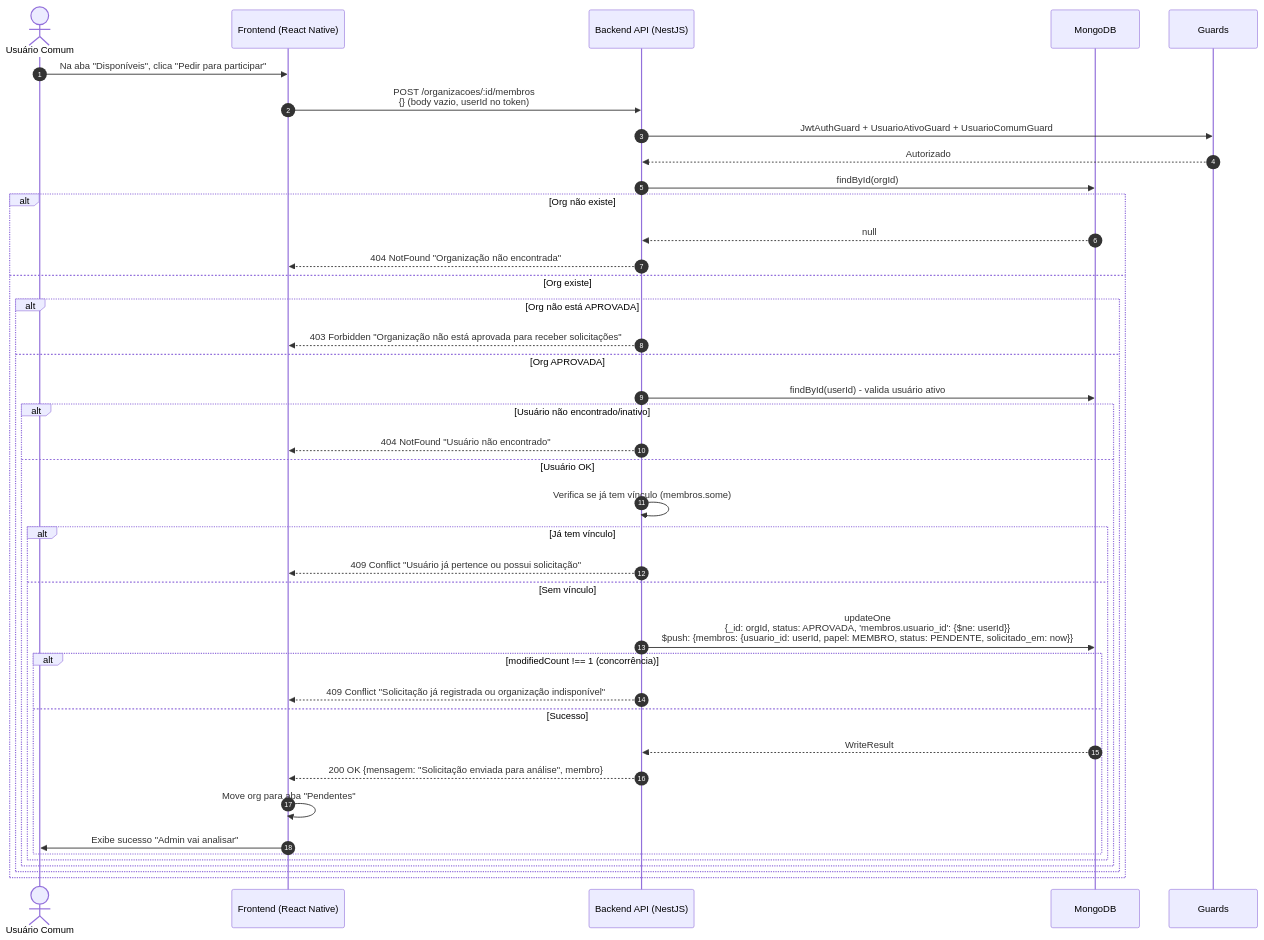
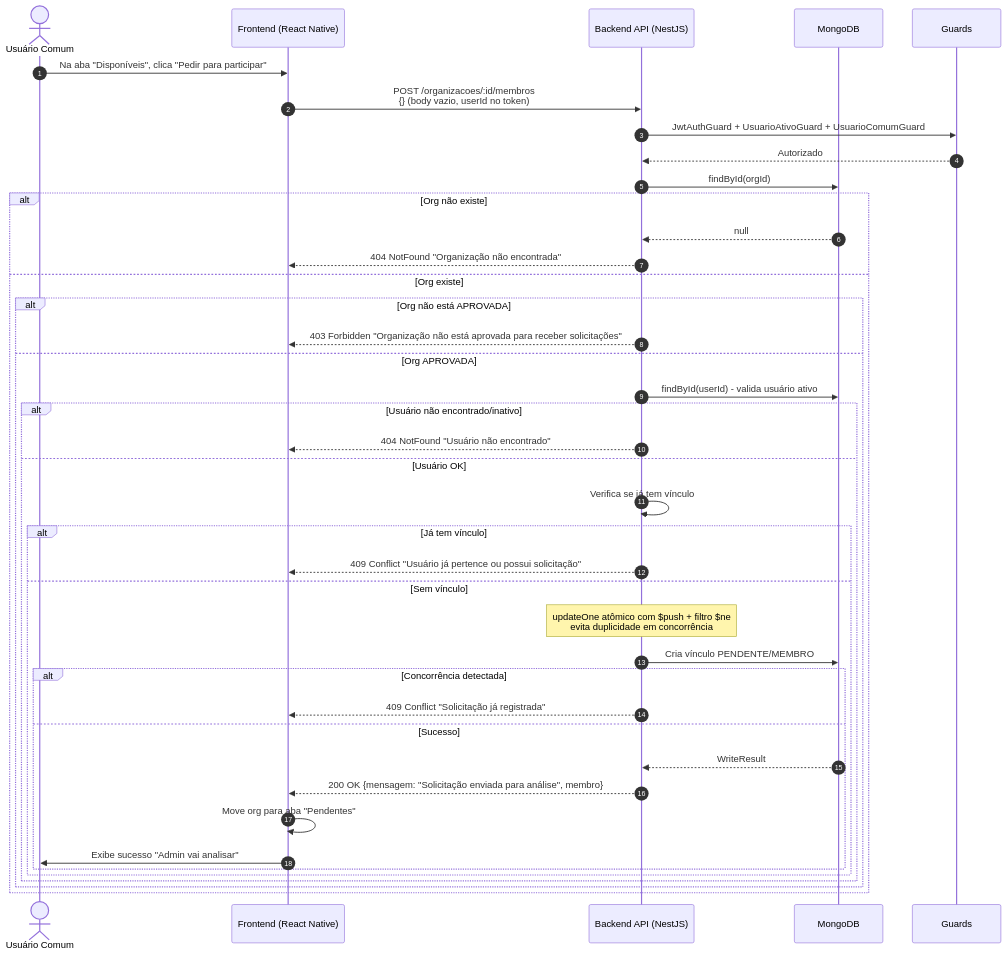
Before and after one commit to MrLucasMoreira/PDSI-Conecta-: the sixth of 10 diagrams in docs/cadastro-usuario/6 - diagramas-sequencia-cadastro-usuario.md, drawn with Mermaid. The commit also changed other lines of this file and 1 other file, not shown here.

Commit message:
fix: Ajuste dos documentos casos de uso e diagrama de sequencia

````diff
--- a/docs/cadastro-usuario/6 - diagramas-sequencia-cadastro-usuario.md
+++ b/docs/cadastro-usuario/6 - diagramas-sequencia-cadastro-usuario.md
@@ -252,44 +252,45 @@
 ```mermaid
 sequenceDiagram
     autonumber
     actor Usuario as Usuário Comum
     participant Frontend as Frontend (React Native)
     participant API as Backend API (NestJS)
     participant DB as MongoDB
     participant Guards as Guards
 
     Usuario->>Frontend: Na aba "Disponíveis", clica "Pedir para participar"
     Frontend->>API: POST /organizacoes/:id/membros<br/>{} (body vazio, userId no token)
     API->>Guards: JwtAuthGuard + UsuarioAtivoGuard + UsuarioComumGuard
     Guards-->>API: Autorizado
     API->>DB: findById(orgId)
     
     alt Org não existe
         DB-->>API: null
         API-->>Frontend: 404 NotFound "Organização não encontrada"
     else Org existe
         alt Org não está APROVADA
             API-->>Frontend: 403 Forbidden "Organização não está aprovada para receber solicitações"
         else Org APROVADA
             API->>DB: findById(userId) - valida usuário ativo
             alt Usuário não encontrado/inativo
                 API-->>Frontend: 404 NotFound "Usuário não encontrado"
             else Usuário OK
-                API->>API: Verifica se já tem vínculo (membros.some)
+                API->>API: Verifica se já tem vínculo
                 alt Já tem vínculo
                     API-->>Frontend: 409 Conflict "Usuário já pertence ou possui solicitação"
                 else Sem vínculo
-                    API->>DB: updateOne<br/>{_id: orgId, status: APROVADA, 'membros.usuario_id': {$ne: userId}}<br/>$push: {membros: {usuario_id: userId, papel: MEMBRO, status: PENDENTE, solicitado_em: now}}
-                    alt modifiedCount !== 1 (concorrência)
-                        API-->>Frontend: 409 Conflict "Solicitação já registrada ou organização indisponível"
+                    Note over API: updateOne atômico com $push + filtro $ne<br/>evita duplicidade em concorrência
+                    API->>DB: Cria vínculo PENDENTE/MEMBRO
+                    alt Concorrência detectada
+                        API-->>Frontend: 409 Conflict "Solicitação já registrada"
                     else Sucesso
                         DB-->>API: WriteResult
                         API-->>Frontend: 200 OK {mensagem: "Solicitação enviada para análise", membro}
                         Frontend->>Frontend: Move org para aba "Pendentes"
                         Frontend->>Usuario: Exibe sucesso "Admin vai analisar"
                     end
                 end
             end
         end
     end
 ```
````
